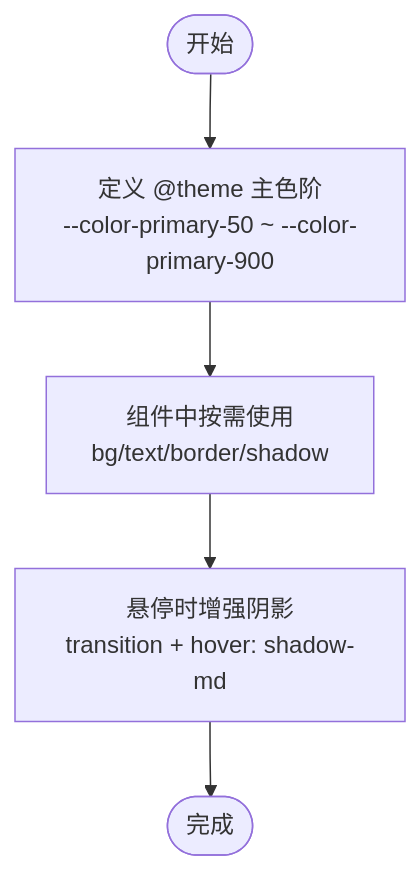
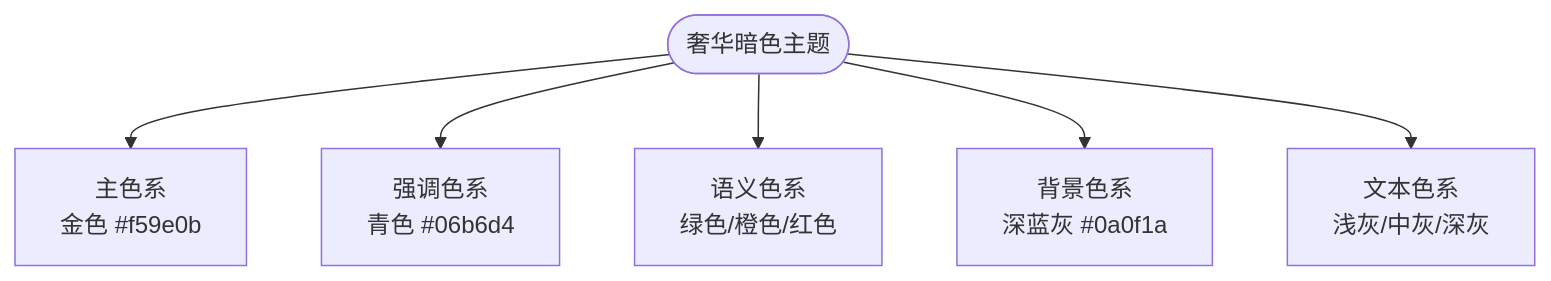
The third of 6 diagrams in .qoder/repowiki/zh/content/UI_UX设计/设计系统.md (xianjianshenqu/SalesFlow-CRM), drawn with Mermaid before and after one commit. The commit also changed other lines of this file and 9 other files, not shown here.

````diff
--- a/.qoder/repowiki/zh/content/UI_UX设计/设计系统.md
+++ b/.qoder/repowiki/zh/content/UI_UX设计/设计系统.md
@@ -131,7 +141,8 @@
 ```mermaid
 flowchart TD
-Start(["开始"]) --> DefineTokens["定义 @theme 主色阶<br/>--color-primary-50 ~ --color-primary-900"]
-DefineTokens --> UseInComponents["组件中按需使用<br/>bg/text/border/shadow"]
-UseInComponents --> HoverEnhance["悬停时增强阴影<br/>transition + hover: shadow-md"]
-HoverEnhance --> End(["完成"])
+Start(["奢华暗色主题"]) --> Primary["主色系<br/>金色 #f59e0b"]
+Start --> Accent["强调色系<br/>青色 #06b6d4"]
+Start --> Semantic["语义色系<br/>绿色/橙色/红色"]
+Start --> Background["背景色系<br/>深蓝灰 #0a0f1a"]
+Start --> Text["文本色系<br/>浅灰/中灰/深灰"]
 ```
````
